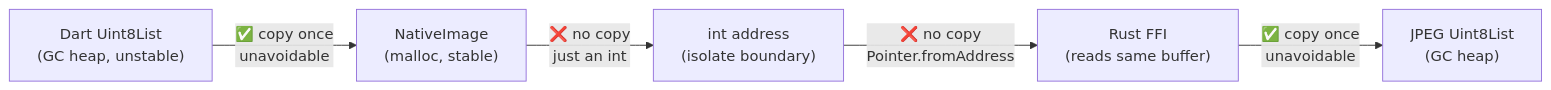
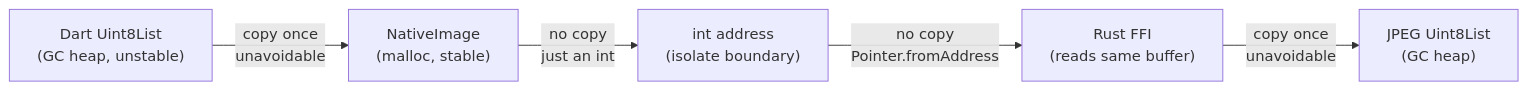
The second of 4 diagrams in README.md (tsinis/frigate), drawn with Mermaid before and after one commit. The commit also changed other lines of this file and 218 other files, not shown here.

````diff
--- a/README.md
+++ b/README.md
@@ -50,13 +62,13 @@
 ```mermaid
 flowchart LR
     A["Dart Uint8List\n(GC heap, unstable)"]
     B["NativeImage\n(malloc, stable)"]
     C["int address\n(isolate boundary)"]
     D["Rust FFI\n(reads same buffer)"]
     E["JPEG Uint8List\n(GC heap)"]
 
-    A -->|"✅ copy once\nunavoidable"| B
-    B -->|"❌ no copy\njust an int"| C
-    C -->|"❌ no copy\nPointer.fromAddress"| D
-    D -->|"✅ copy once\nunavoidable"| E
+    A -->|"copy once\nunavoidable"| B
+    B -->|"no copy\njust an int"| C
+    C -->|"no copy\nPointer.fromAddress"| D
+    D -->|"copy once\nunavoidable"| E
 ```
````
